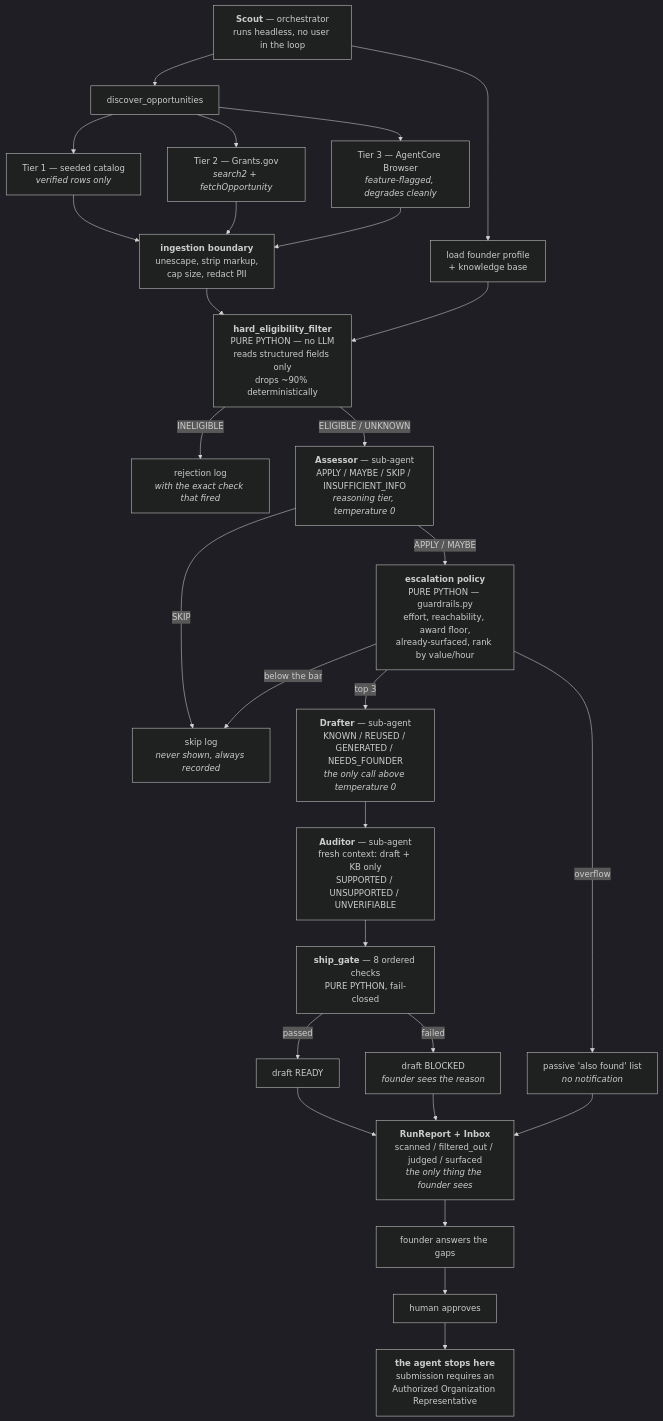
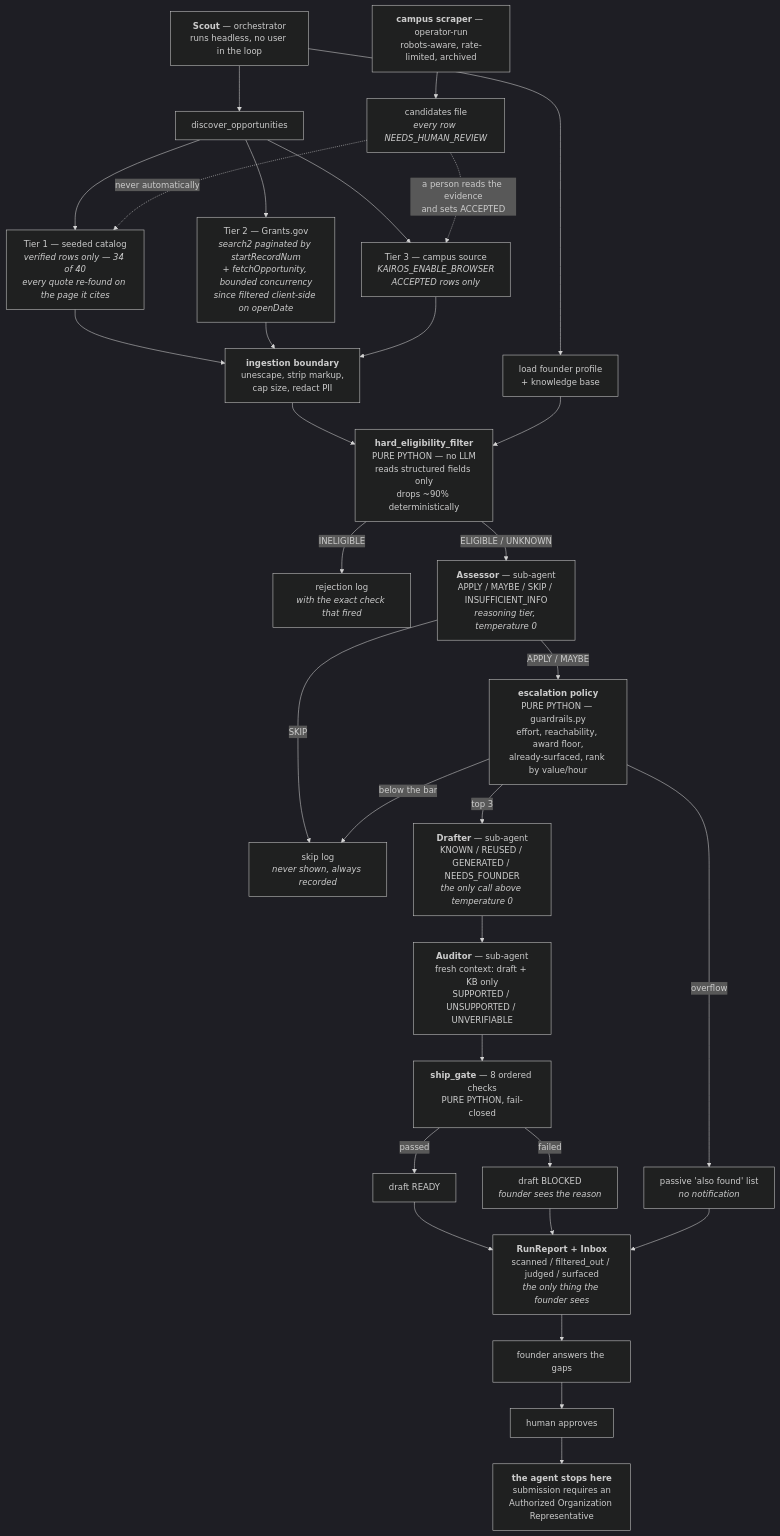
The second of 4 diagrams in docs/architecture.md (N1tu-Mar/Kairos), drawn with Mermaid (dark theme) before and after one commit. The commit also changed other lines of this file and 2 other files, not shown here.

````diff
--- a/docs/architecture.md
+++ b/docs/architecture.md
@@ -56,53 +56,58 @@
 ```mermaid
 flowchart TD
     SCOUT["<b>Scout</b> — orchestrator<br/>runs headless, no user in the loop"]
 
     SCOUT --> DISC["discover_opportunities"]
     SCOUT --> PROF["load founder profile<br/>+ knowledge base"]
 
-    DISC --> T1["Tier 1 — seeded catalog<br/><i>verified rows only</i>"]
-    DISC --> T2["Tier 2 — Grants.gov<br/><i>search2 + fetchOpportunity</i>"]
-    DISC --> T3["Tier 3 — AgentCore Browser<br/><i>feature-flagged, degrades cleanly</i>"]
+    DISC --> T1["Tier 1 — seeded catalog<br/><i>verified rows only — 34 of 40</i><br/><i>every quote re-found on the page it cites</i>"]
+    DISC --> T2["Tier 2 — Grants.gov<br/><i>search2 paginated by startRecordNum</i><br/><i>+ fetchOpportunity, bounded concurrency</i><br/><i>since filtered client-side on openDate</i>"]
+    DISC --> T3["Tier 3 — campus source<br/><i>KAIROS_ENABLE_BROWSER</i><br/><i>ACCEPTED rows only</i>"]
+
+    SCRAPE["<b>campus scraper</b> — operator-run<br/>robots-aware, rate-limited, archived"]
+    SCRAPE --> REVIEWFILE["candidates file<br/><i>every row NEEDS_HUMAN_REVIEW</i>"]
+    REVIEWFILE -.->|"a person reads the evidence<br/>and sets ACCEPTED"| T3
+    REVIEWFILE -.->|"never automatically"| T1
 
     T1 --> INGEST
     T2 --> INGEST
     T3 --> INGEST
     INGEST["<b>ingestion boundary</b><br/>unescape, strip markup,<br/>cap size, redact PII"]
 
     INGEST --> FILTER
     PROF --> FILTER
     FILTER["<b>hard_eligibility_filter</b><br/>PURE PYTHON — no LLM<br/>reads structured fields only<br/>drops ~90% deterministically"]
 
     FILTER -->|INELIGIBLE| REJLOG["rejection log<br/><i>with the exact check that fired</i>"]
     FILTER -->|ELIGIBLE / UNKNOWN| ASSESS
 
     ASSESS["<b>Assessor</b> — sub-agent<br/>APPLY / MAYBE / SKIP / INSUFFICIENT_INFO<br/><i>reasoning tier, temperature 0</i>"]
 
     ASSESS -->|SKIP| SKIPLOG["skip log<br/><i>never shown, always recorded</i>"]
     ASSESS -->|APPLY / MAYBE| POLICY
 
     POLICY["<b>escalation policy</b><br/>PURE PYTHON — guardrails.py<br/>effort, reachability, award floor,<br/>already-surfaced, rank by value/hour"]
 
     POLICY -->|below the bar| SKIPLOG
     POLICY -->|top 3| DRAFT
     POLICY -->|overflow| PASSIVE["passive 'also found' list<br/><i>no notification</i>"]
 
     DRAFT["<b>Drafter</b> — sub-agent<br/>KNOWN / REUSED / GENERATED / NEEDS_FOUNDER<br/><i>the only call above temperature 0</i>"]
     DRAFT --> AUDIT
     AUDIT["<b>Auditor</b> — sub-agent<br/>fresh context: draft + KB only<br/>SUPPORTED / UNSUPPORTED / UNVERIFIABLE"]
 
     AUDIT --> GATE
     GATE["<b>ship_gate</b> — 8 ordered checks<br/>PURE PYTHON, fail-closed"]
 
     GATE -->|passed| READY["draft READY"]
     GATE -->|failed| BLOCKED["draft BLOCKED<br/><i>founder sees the reason</i>"]
 
     READY --> INBOX
     BLOCKED --> INBOX
     PASSIVE --> INBOX
     INBOX["<b>RunReport + Inbox</b><br/>scanned / filtered_out / judged / surfaced<br/><i>the only thing the founder sees</i>"]
 
     INBOX --> HUMAN["founder answers the gaps"]
     HUMAN --> APPROVE["human approves"]
     APPROVE --> STOP["<b>the agent stops here</b><br/>submission requires an<br/>Authorized Organization Representative"]
 ```
````
